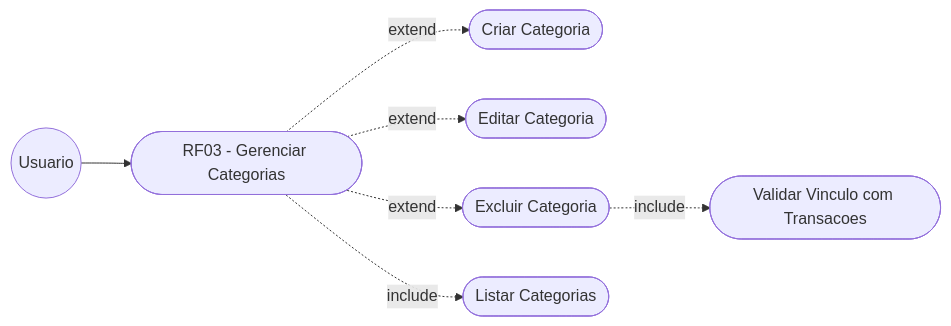
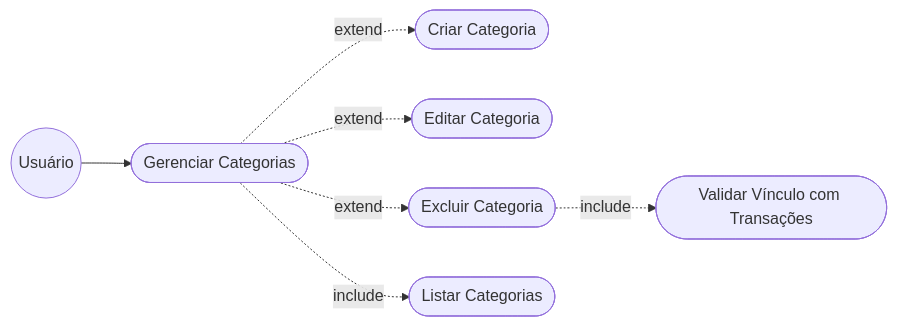
One commit to NEXA-project-br/NEXA changed the third of 7 diagrams in relacionamento/dcu.md. Above: the diagram before and after it, drawn with Mermaid. The commit also changed other lines of this file, not shown here.

Commit message:
Update use case descriptions and diagrams

````diff
--- a/relacionamento/dcu.md
+++ b/relacionamento/dcu.md
@@ -59,17 +47,20 @@
 ```mermaid
 graph LR
-  U((Usuario))
-  RF03([RF03 - Gerenciar Categorias])
+  U((Usuário))
+  RF03([Gerenciar Categorias])
+
   A1([Criar Categoria])
   A2([Editar Categoria])
   A3([Excluir Categoria])
   A4([Listar Categorias])
-  A5([Validar Vinculo com Transacoes])
+  A5([Validar Vínculo com Transações])
 
   U --> RF03
+
   RF03 -.->|include| A4
   RF03 -.->|extend| A1
   RF03 -.->|extend| A2
   RF03 -.->|extend| A3
+
   A3 -.->|include| A5
 ```
````
